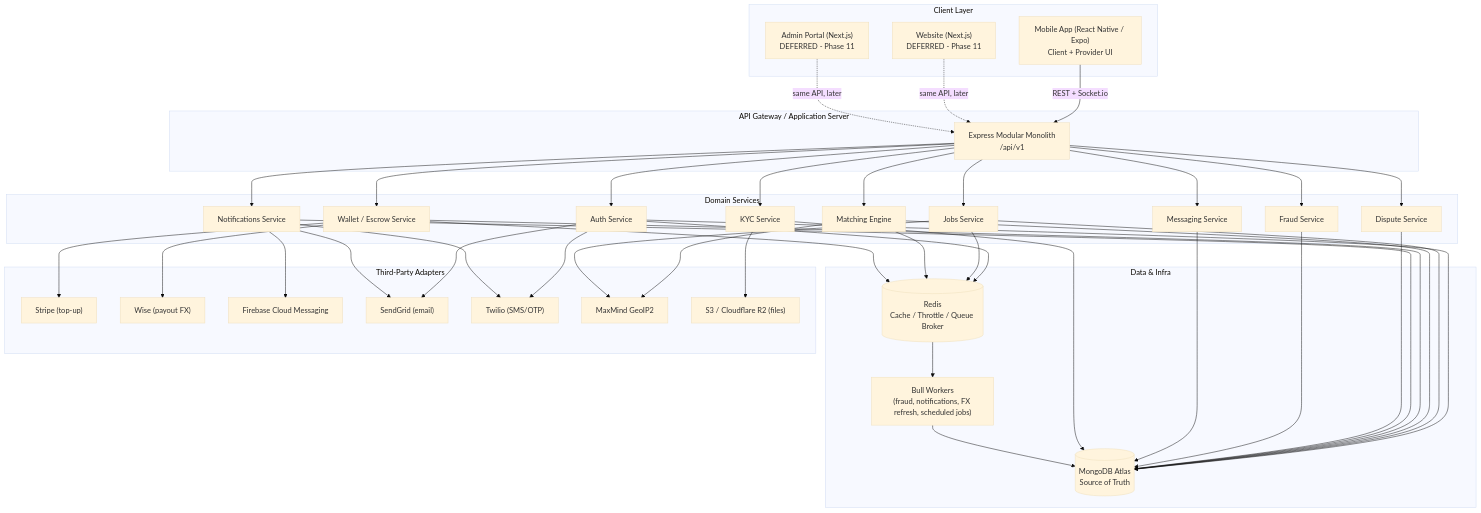
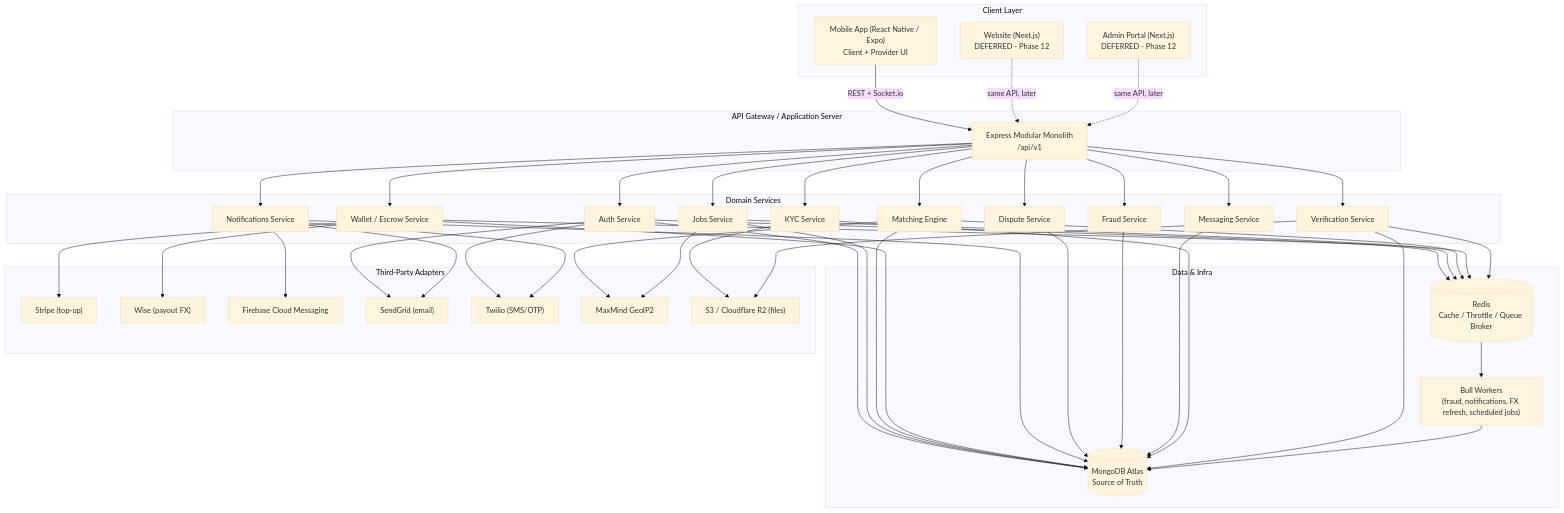
Before and after one commit to Ubaid123678/DO_IT_Platfom: the first of 13 diagrams in docs/LLM_ARCHITECTURE_PACK.md, drawn with Mermaid (base theme). The commit also changed other lines of this file and 5 other files, not shown here.

````diff
--- a/docs/LLM_ARCHITECTURE_PACK.md
+++ b/docs/LLM_ARCHITECTURE_PACK.md
@@ -24,58 +24,60 @@
 ```mermaid
 flowchart TB
     subgraph Clients["Client Layer"]
         MobileApp["Mobile App (React Native / Expo)\nClient + Provider UI"]
-        WebApp["Website (Next.js)\nDEFERRED - Phase 11"]
-        AdminApp["Admin Portal (Next.js)\nDEFERRED - Phase 11"]
+        WebApp["Website (Next.js)\nDEFERRED - Phase 12"]
+        AdminApp["Admin Portal (Next.js)\nDEFERRED - Phase 12"]
     end
 
     subgraph Gateway["API Gateway / Application Server"]
         API["Express Modular Monolith\n/api/v1"]
     end
 
     subgraph Domain["Domain Services"]
         AuthSvc["Auth Service"]
         JobSvc["Jobs Service"]
         MatchSvc["Matching Engine"]
         WalletSvc["Wallet / Escrow Service"]
         NotifSvc["Notifications Service"]
         DisputeSvc["Dispute Service"]
         FraudSvc["Fraud Service"]
         MsgSvc["Messaging Service"]
         KycSvc["KYC Service"]
+        VerifSvc["Verification Service"]
     end
 
     subgraph Data["Data & Infra"]
         Mongo[("MongoDB Atlas\nSource of Truth")]
         Redis[("Redis\nCache / Throttle / Queue Broker")]
         Workers["Bull Workers\n(fraud, notifications, FX refresh, scheduled jobs)"]
     end
 
     subgraph Third["Third-Party Adapters"]
         Stripe["Stripe (top-up)"]
         Wise["Wise (payout FX)"]
         FCM["Firebase Cloud Messaging"]
         SendGrid["SendGrid (email)"]
         Twilio["Twilio (SMS/OTP)"]
         MaxMind["MaxMind GeoIP2"]
         S3["S3 / Cloudflare R2 (files)"]
     end
 
     MobileApp -- "REST + Socket.io" --> API
     WebApp -. "same API, later" .-> API
     AdminApp -. "same API, later" .-> API
 
-    API --> AuthSvc & JobSvc & MatchSvc & WalletSvc & NotifSvc & DisputeSvc & FraudSvc & MsgSvc & KycSvc
+    API --> AuthSvc & JobSvc & MatchSvc & WalletSvc & NotifSvc & DisputeSvc & FraudSvc & MsgSvc & KycSvc & VerifSvc
 
-    AuthSvc & JobSvc & MatchSvc & WalletSvc & NotifSvc & DisputeSvc & FraudSvc & MsgSvc & KycSvc --> Mongo
-    AuthSvc & JobSvc & MatchSvc & WalletSvc --> Redis
+    AuthSvc & JobSvc & MatchSvc & WalletSvc & NotifSvc & DisputeSvc & FraudSvc & MsgSvc & KycSvc & VerifSvc --> Mongo
+    AuthSvc & JobSvc & MatchSvc & WalletSvc & VerifSvc --> Redis
     Redis --> Workers
     Workers --> Mongo
 
     AuthSvc --> Twilio & SendGrid
     KycSvc --> S3
+    VerifSvc --> S3
     WalletSvc --> Stripe & Wise
     NotifSvc --> FCM & SendGrid & Twilio
     MatchSvc --> MaxMind
     JobSvc --> MaxMind
 ```
````
